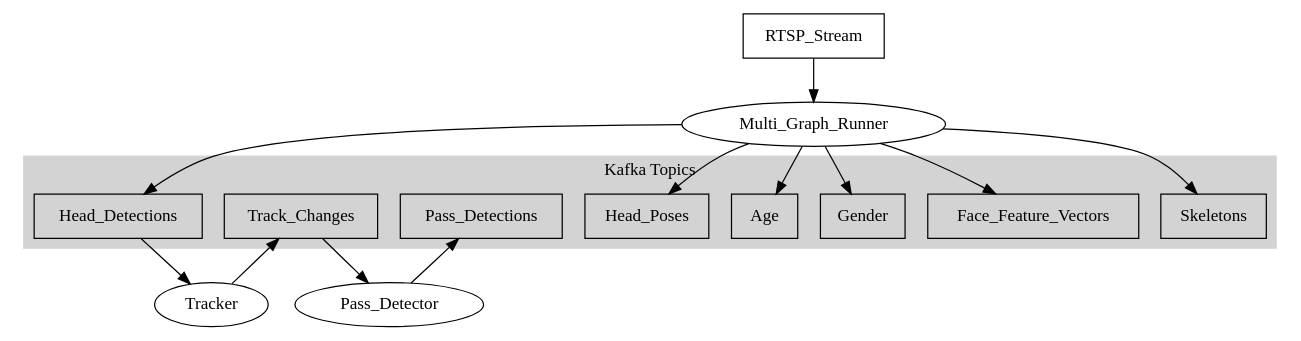
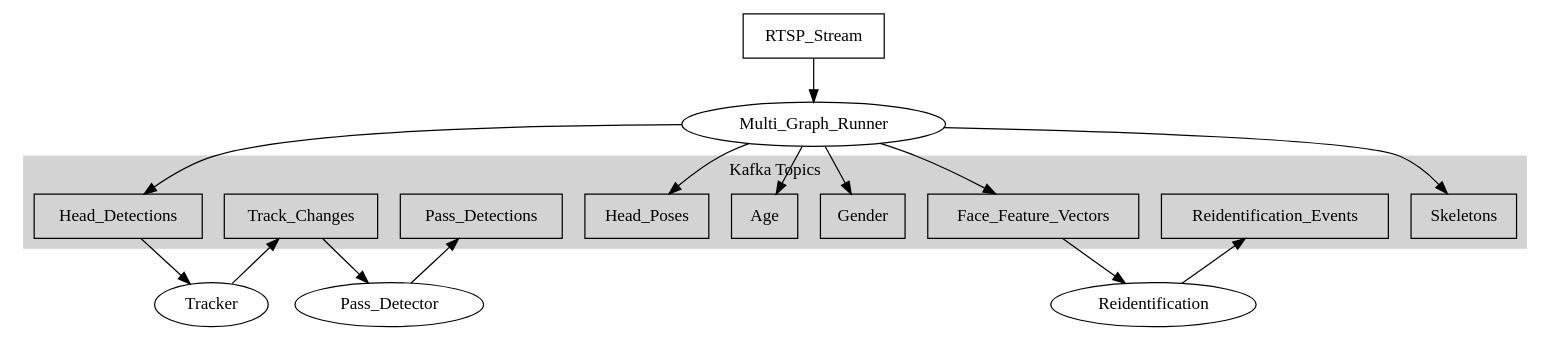
Before and after one commit to Ultinous/uvap: the diagram in docs/developers_guide/uvap_architecture.dot, drawn with Graphviz. The commit also changed 70 other files, not shown here.

```diff
--- a/docs/developers_guide/uvap_architecture.dot
+++ b/docs/developers_guide/uvap_architecture.dot
@@ -1,37 +1,41 @@
 digraph {
   // Data nodes
   subgraph cluster_0 {
     style=filled;
     color=lightgrey;
     label="Kafka Topics";
     Head_Detections [shape=box];
     Track_Changes [shape=box];
     Pass_Detections [shape=box];
     Head_Poses [shape=box];
     Age [shape=box];
     Gender [shape=box];
     Face_Feature_Vectors [shape=box];
+    Reidentification_Events [shape=box];
     Skeletons [shape=box];
     {
         edge[style=invis]
         rank = same;
-        Head_Detections -> Track_Changes -> Pass_Detections -> Head_Poses -> Age -> Gender -> Face_Feature_Vectors -> Skeletons
+        Head_Detections -> Track_Changes -> Pass_Detections -> Head_Poses -> Age -> Gender -> Face_Feature_Vectors -> Reidentification_Events -> Skeletons
     }
   }
   RTSP_Stream [shape=box];
 
   // MGR
   RTSP_Stream -> Multi_Graph_Runner;
   Multi_Graph_Runner -> Head_Detections;
   Multi_Graph_Runner -> Head_Poses;
   Multi_Graph_Runner -> Age;
   Multi_Graph_Runner -> Gender;
   Multi_Graph_Runner -> Face_Feature_Vectors;
   Multi_Graph_Runner -> Skeletons;
 
   // Tracking
   Head_Detections -> Tracker -> Track_Changes;
 
   // Pass det
   Track_Changes -> Pass_Detector -> Pass_Detections;
+
+  // Reidentification
+  Face_Feature_Vectors -> Reidentification -> Reidentification_Events;
 }
```
